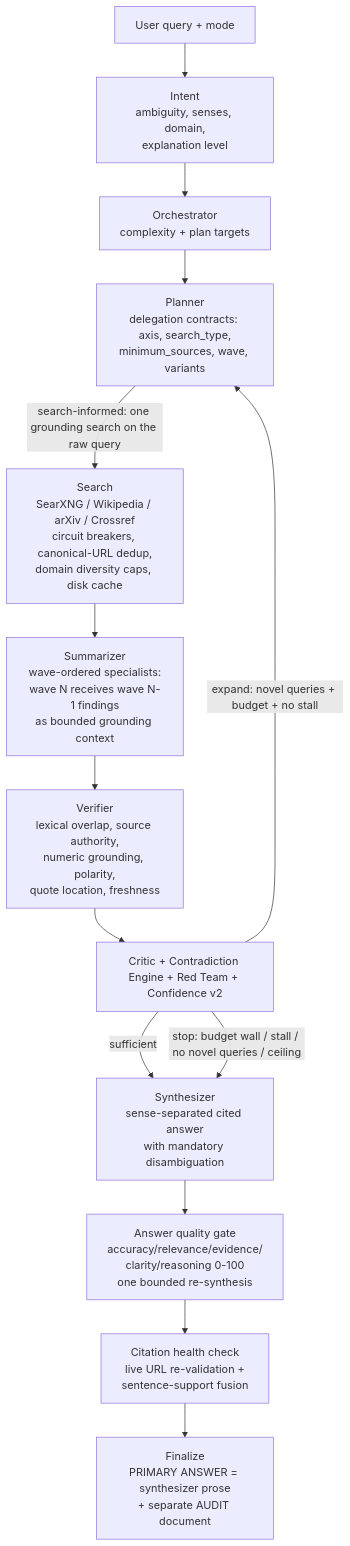
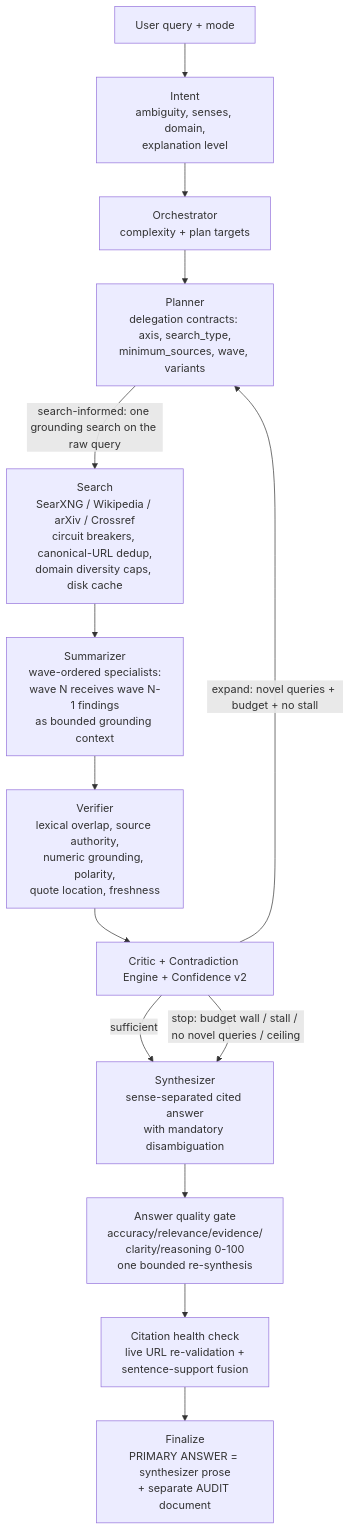
Before and after one commit to AdnanZamanNiloy/deepscout: the diagram in ARCHITECTURE.md, drawn with Mermaid. The commit also changed other lines of this file and 23 other files, not shown here.

````diff
--- a/ARCHITECTURE.md
+++ b/ARCHITECTURE.md
@@ -10,17 +10,17 @@
 ```mermaid
 flowchart TD
     Q[User query + mode] --> IN[Intent<br/>ambiguity, senses, domain,<br/>explanation level]
     IN --> ORCH[Orchestrator<br/>complexity + plan targets]
     ORCH --> PL[Planner<br/>delegation contracts: axis, search_type,<br/>minimum_sources, wave, variants]
     PL -->|search-informed: one grounding search on the raw query| SE
     SE[Search<br/>SearXNG / Wikipedia / arXiv / Crossref<br/>circuit breakers, canonical-URL dedup,<br/>domain diversity caps, disk cache]
     SE --> SU[Summarizer<br/>wave-ordered specialists:<br/>wave N receives wave N-1 findings<br/>as bounded grounding context]
     SU --> VE[Verifier<br/>lexical overlap, source authority,<br/>numeric grounding, polarity,<br/>quote location, freshness]
-    VE --> CR[Critic + Contradiction Engine + Red Team + Confidence v2]
+    VE --> CR[Critic + Contradiction Engine + Confidence v2]
     CR -->|sufficient| SY[Synthesizer<br/>sense-separated cited answer<br/>with mandatory disambiguation]
     CR -->|expand: novel queries + budget + no stall| PL
     CR -->|stop: budget wall / stall / no novel queries / ceiling| SY
     SY --> QG[Answer quality gate<br/>accuracy/relevance/evidence/<br/>clarity/reasoning 0-100<br/>one bounded re-synthesis]
     QG --> CH[Citation health check<br/>live URL re-validation +<br/>sentence-support fusion]
     CH --> FIN[Finalize<br/>PRIMARY ANSWER = synthesizer prose<br/>+ separate AUDIT document]
 ```
````
